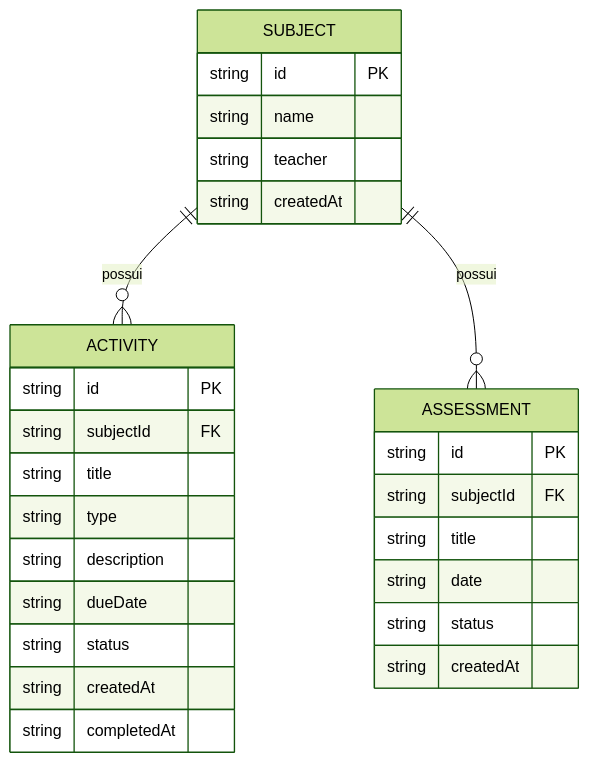
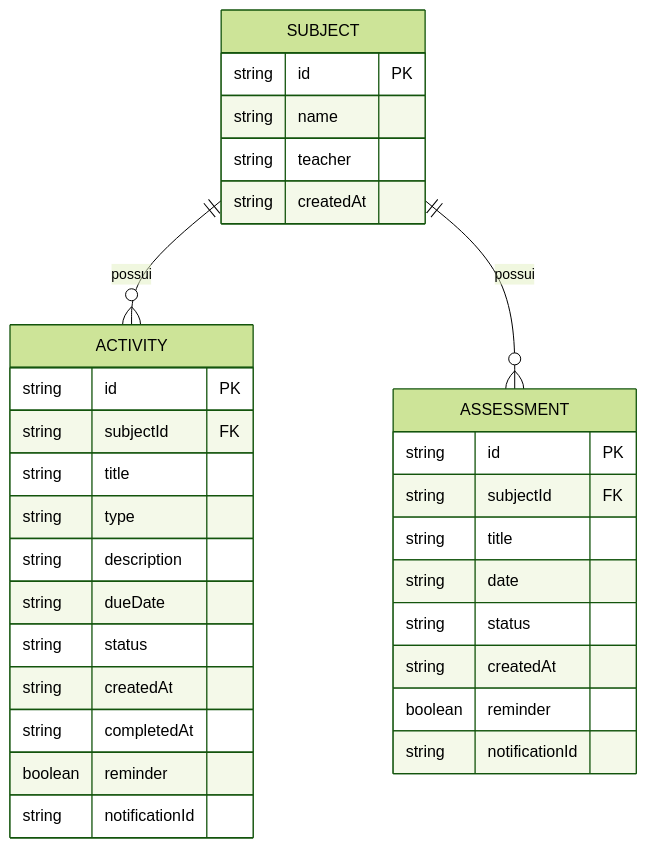
Before and after one commit to heyalmeida/studia-app: the first of 2 diagrams in docs/architecture/domain-model.md, drawn with Mermaid (forest theme). The commit also changed other lines of this file and 6 other files, not shown here.

````diff
--- a/docs/architecture/domain-model.md
+++ b/docs/architecture/domain-model.md
@@ -98,31 +107,35 @@
 ```mermaid
 erDiagram
     SUBJECT ||--o{ ACTIVITY : "possui"
     SUBJECT ||--o{ ASSESSMENT : "possui"
 
     SUBJECT {
         string id PK
         string name
         string teacher
         string createdAt
     }
     ACTIVITY {
         string id PK
         string subjectId FK
         string title
         string type
         string description
         string dueDate
         string status
         string createdAt
         string completedAt
+        boolean reminder
+        string notificationId
     }
     ASSESSMENT {
         string id PK
         string subjectId FK
         string title
         string date
         string status
         string createdAt
+        boolean reminder
+        string notificationId
     }
 ```
````
